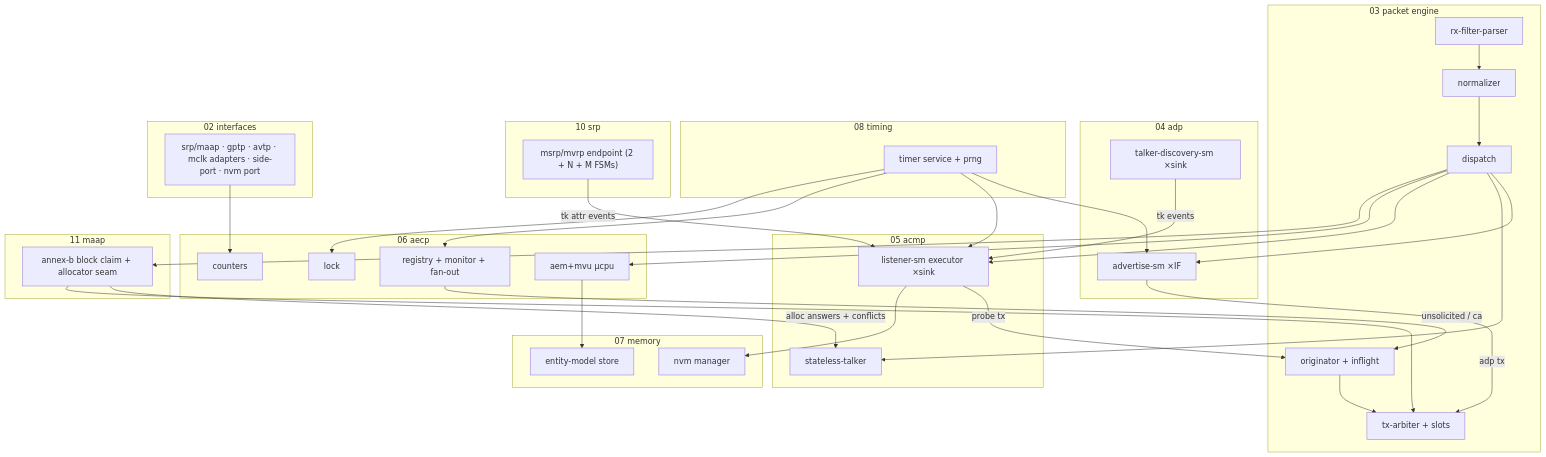
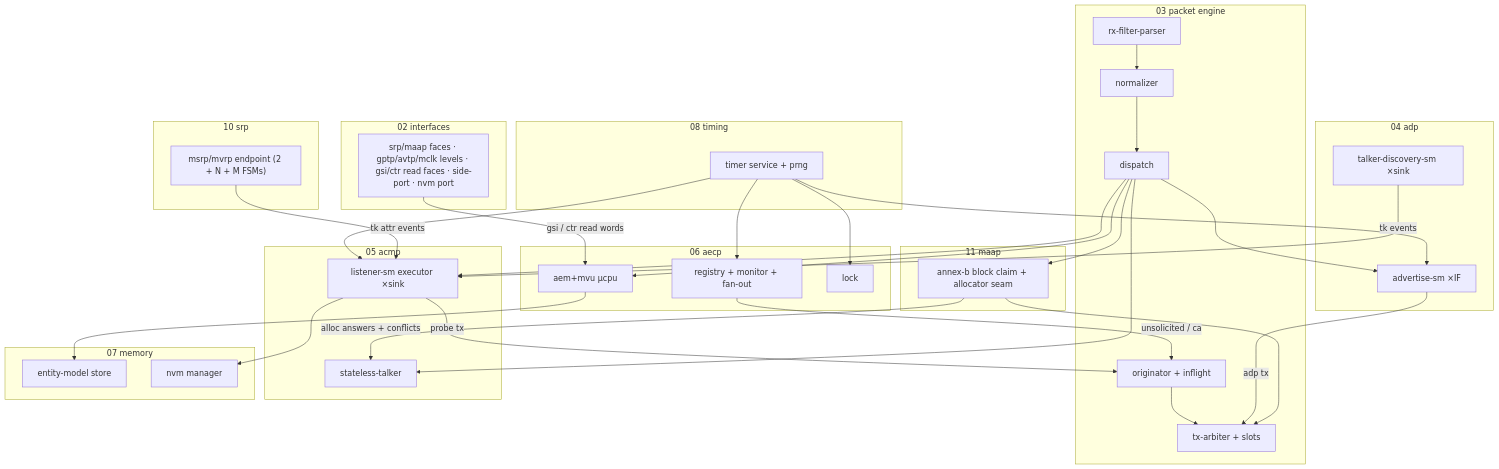
Before and after one commit to Mister-M-alt/protocol-processor-control-plane-avb-milan: the diagram in docs/architecture/01_overview.md, drawn with Mermaid. The commit also changed other lines of this file and 6 other files, not shown here.

````diff
--- a/docs/architecture/01_overview.md
+++ b/docs/architecture/01_overview.md
@@ -203,51 +206,50 @@
 ```mermaid
 flowchart TB
   subgraph doc03 ["03 packet engine"]
     rx["rx-filter-parser"] --> norm["normalizer"] --> disp["dispatch"]
     orig["originator + inflight"]
     txarb["tx-arbiter + slots"]
   end
   subgraph doc04 ["04 adp"]
     adv["advertise-sm ×IF"]
     tdisc["talker-discovery-sm ×sink"]
   end
   subgraph doc05 ["05 acmp"]
     talk["stateless-talker"]
     lsm["listener-sm executor ×sink"]
   end
   subgraph doc06 ["06 aecp"]
     ucpu["aem+mvu µcpu"]
     notif["registry + monitor + fan-out"]
     lockm["lock"]
-    ctrs["counters"]
   end
   subgraph doc07 ["07 memory"]
     model["entity-model store"]
     nvm["nvm manager"]
   end
   subgraph doc08 ["08 timing"]
     timers["timer service + prng"]
   end
   subgraph doc10 ["10 srp"]
     srpe["msrp/mvrp endpoint (2 + N + M FSMs)"]
   end
   subgraph doc11 ["11 maap"]
     maape["annex-b block claim + allocator seam"]
   end
   subgraph doc02 ["02 interfaces"]
-    adapters["srp/maap · gptp · avtp · mclk adapters · side-port · nvm port"]
+    faces["srp/maap faces · gptp/avtp/mclk levels · gsi/ctr read faces · side-port · nvm port"]
   end
   disp --> adv & talk & lsm & ucpu & maape
   maape -- "alloc answers + conflicts" --> talk
   maape --> txarb
   tdisc -- "tk events" --> lsm
   srpe -- "tk attr events" --> lsm
   lsm -- "probe tx" --> orig
   notif -- "unsolicited / ca" --> orig
   adv -- "adp tx" --> txarb
   orig --> txarb
   ucpu --> model
   lsm --> nvm
-  adapters --> ctrs
+  faces -- "gsi / ctr read words" --> ucpu
   timers --> adv & lsm & notif & lockm
 ```
````
